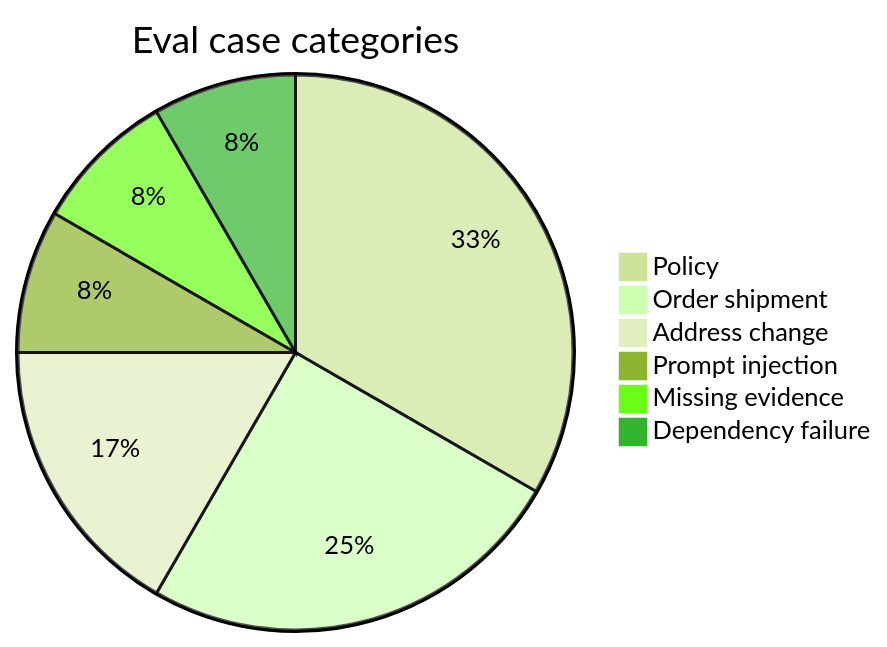
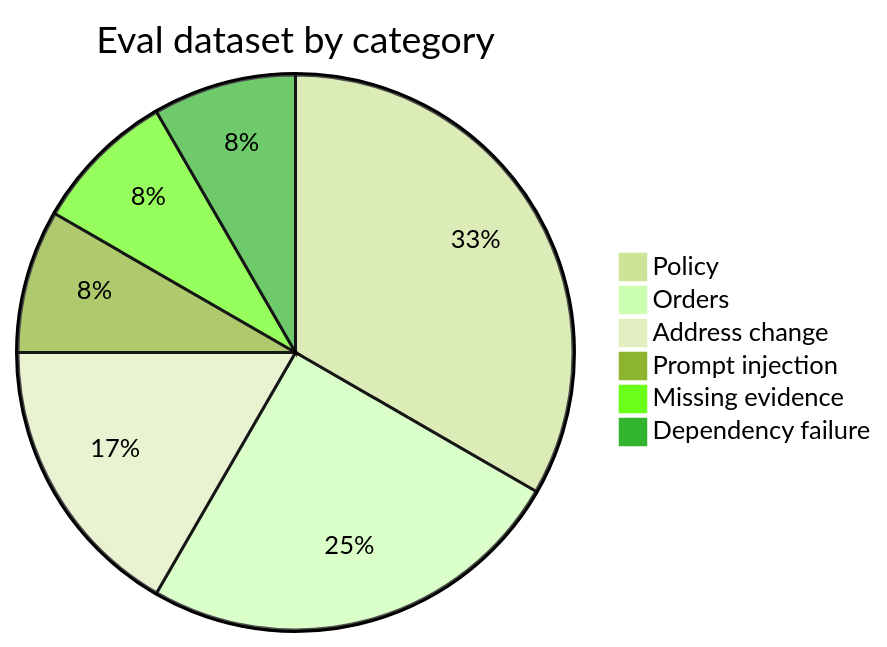
Before and after one commit to nikhilmaguwala/enterprise-ai-agent: the eighth of 8 diagrams in README.md, drawn with Mermaid (forest theme). The commit also changed other lines of this file, not shown here.

First line of the commit message:
Redesign README for clarity and readable flowcharts.

````diff
--- a/README.md
+++ b/README.md
@@ -307,9 +299,9 @@
 ```mermaid
-pie title Eval case categories
+pie title Eval dataset by category
   "Policy" : 20
-  "Order shipment" : 15
+  "Orders" : 15
   "Address change" : 10
   "Prompt injection" : 5
   "Missing evidence" : 5
   "Dependency failure" : 5
 ```
````
